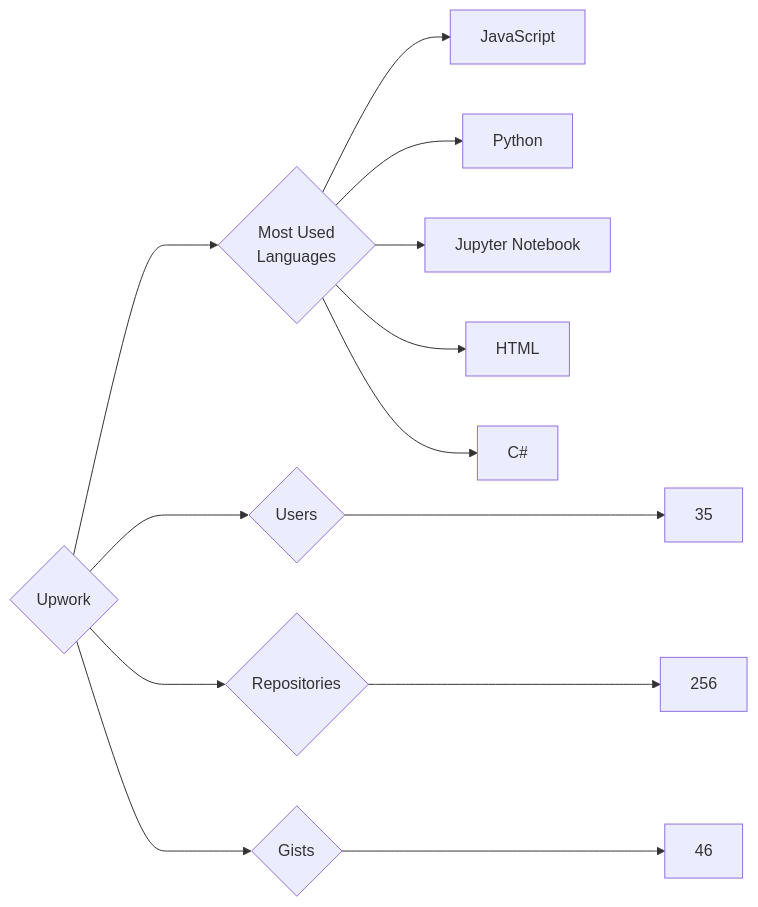
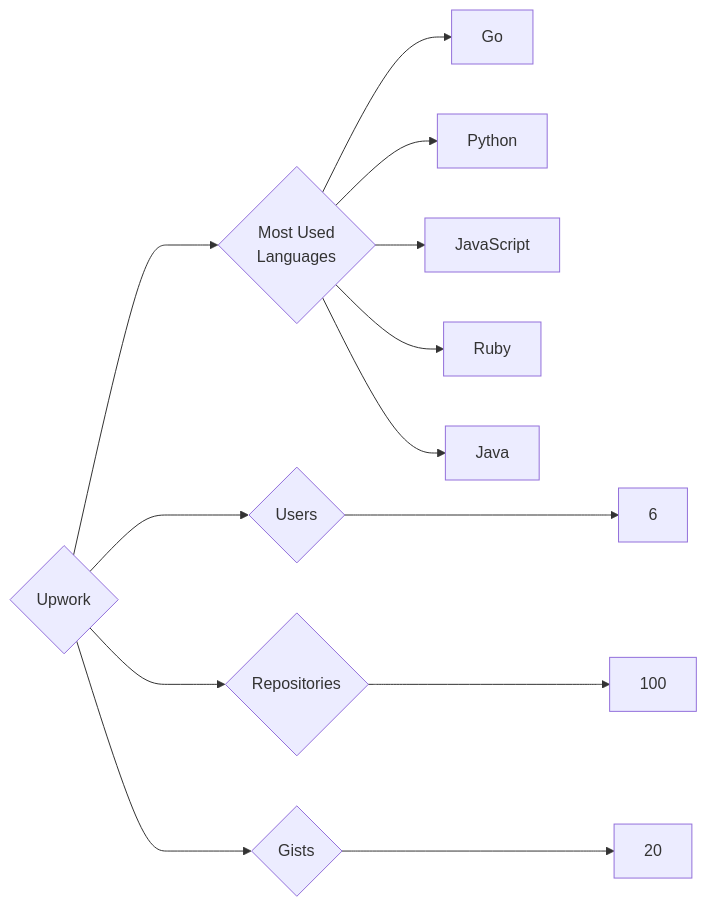
One commit to trickest/insiders changed the diagram in targets/Upwork/README.md. Above: the diagram before and after it, drawn with Mermaid. The commit also changed 829 other files, not shown here.

````diff
--- a/targets/Upwork/README.md
+++ b/targets/Upwork/README.md
@@ -3,13 +3,13 @@
 ```mermaid
 graph LR
 COMPANY_NAME{Upwork}
-COMPANY_NAME ---> U{Users} ---> UN[35]
-COMPANY_NAME ---> R{Repositories} ---> RN[256]
-COMPANY_NAME ---> G{Gists} ---> GN[46]
+COMPANY_NAME ---> U{Users} ---> UN[6]
+COMPANY_NAME ---> R{Repositories} ---> RN[100]
+COMPANY_NAME ---> G{Gists} ---> GN[20]
 COMPANY_NAME ---> ML{Most Used<br>Languages}
+ML --> Go[Go]
+ML --> Python[Python]
 ML --> JavaScript[JavaScript]
-ML --> Python[Python]
-ML --> Jupyter_Notebook[Jupyter Notebook]
-ML --> HTML[HTML]
-ML --> C#[C#]
+ML --> Ruby[Ruby]
+ML --> Java[Java]
 ```
````
